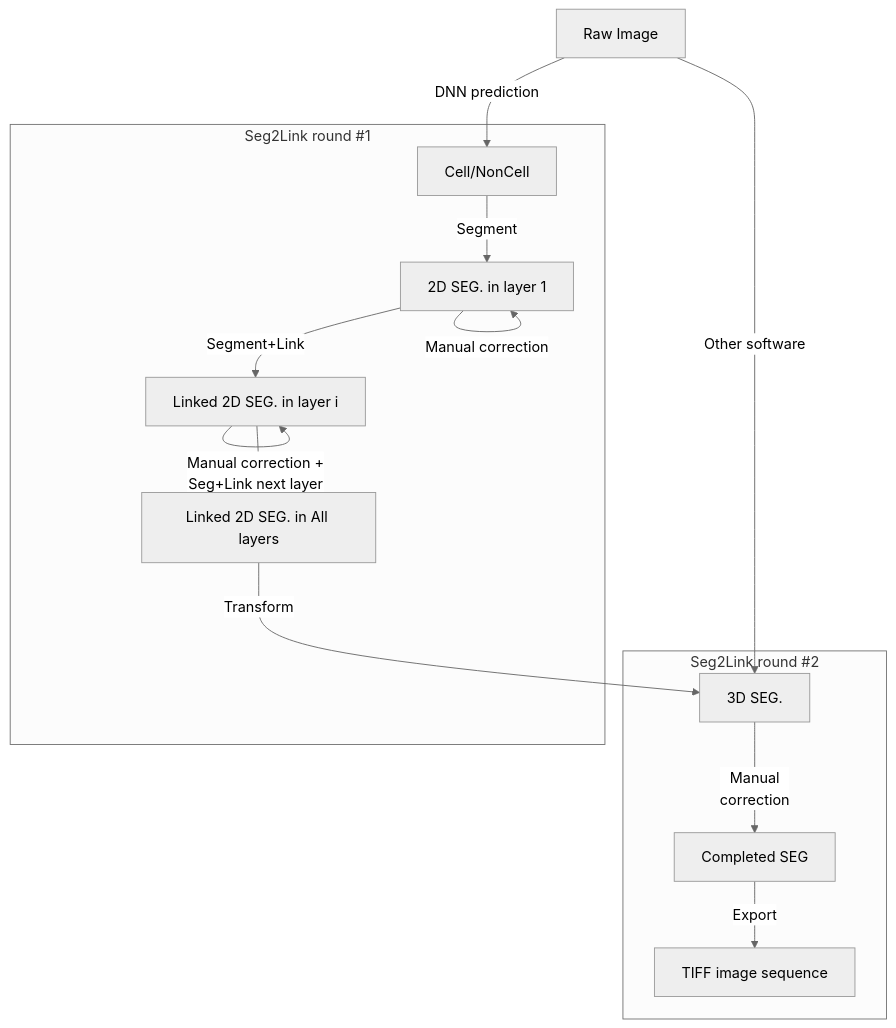
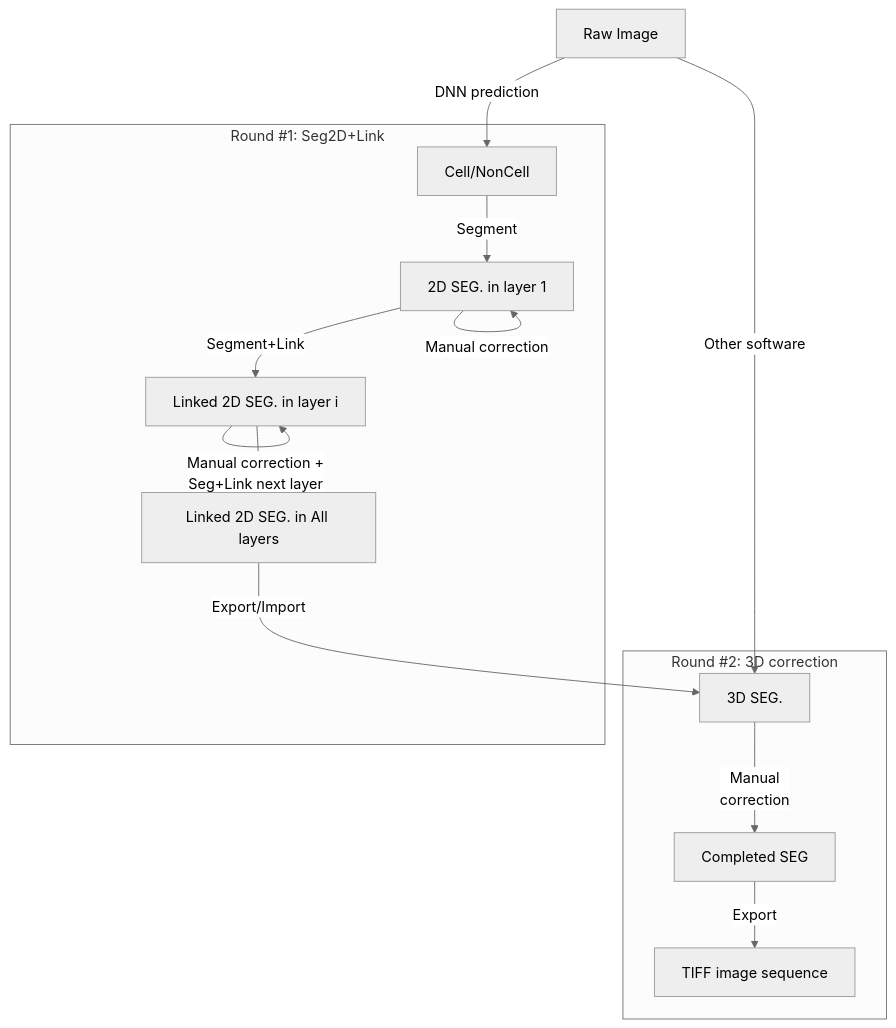
Before and after one commit to WenChentao/Seg2Link: the diagram in README.md, drawn with Mermaid (neutral theme). The commit also changed other lines of this file, not shown here.

````diff
--- a/README.md
+++ b/README.md
@@ -20,19 +15,19 @@
 ```mermaid
   flowchart TB
   A[Raw Image]-->|DNN prediction|B1[Cell/NonCell]
 
-  subgraph ide1 [Seg2Link round #1]
+  subgraph ide1 [Round #1: Seg2D+Link]
     B1-->|Segment|B2[2D SEG. in layer 1]
     B2-->|Segment+Link|C[Linked 2D SEG. in layer i]
     B2-->|Manual correction|B2
     C-->|Manual correction + <br> Seg+Link next layer|C
     C-->D[Linked 2D SEG. in All layers]
   end
 
-  subgraph ide2 [Seg2Link round #2]
-    D-->|Transform|E[3D SEG.]
+  subgraph ide2 [Round #2: 3D correction]
+    D-->|Export/Import|E[3D SEG.]
     E-->|Manual <br/> correction|F[Completed SEG]
     F-->|Export|G[TIFF image sequence]
   end
   A-->|Other software|E
 ```
````
